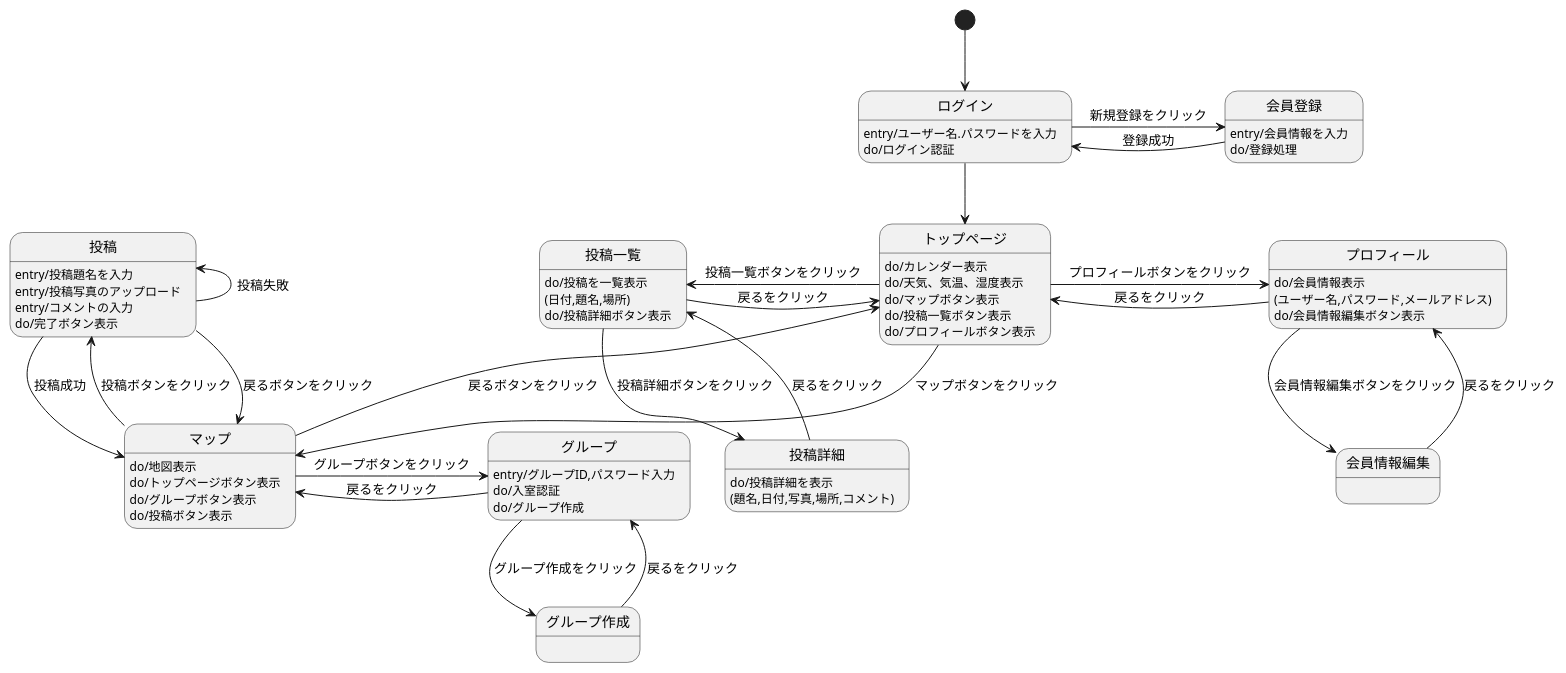
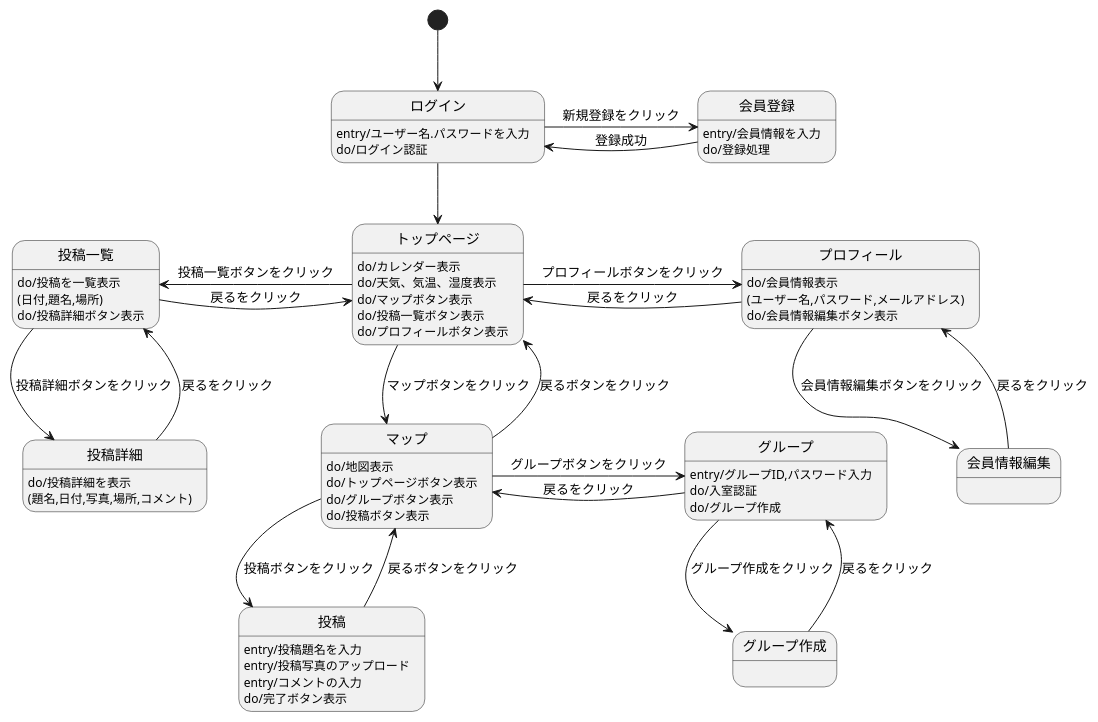
The diagram in 03_画面遷移図/画面遷移図.md (Aso2001031/System4_ver2.0), drawn with PlantUML before and after one commit.

````diff
--- a/03_画面遷移図/画面遷移図.md
+++ b/03_画面遷移図/画面遷移図.md
@@ -1,70 +1,67 @@
 ```uml
 @startuml
 
 [*] -down-> ログイン
 
 ログイン -down-> トップページ
 ログイン : entry/ユーザー名.パスワードを入力 
 ログイン : do/ログイン認証 
 ログイン -> 会員登録 : 新規登録をクリック
 
 会員登録 -> ログイン : 登録成功
 会員登録 : entry/会員情報を入力 
 会員登録 : do/登録処理
 
 トップページ : do/カレンダー表示
 トップページ : do/天気、気温、湿度表示
 トップページ : do/マップボタン表示
 トップページ : do/投稿一覧ボタン表示
 トップページ : do/プロフィールボタン表示
 トップページ -down-> マップ : マップボタンをクリック
 トップページ -left-> 投稿一覧 : 投稿一覧ボタンをクリック
 トップページ -right-> プロフィール :プロフィールボタンをクリック
 
 マップ -up-> トップページ : 戻るボタンをクリック
 マップ : do/地図表示
 マップ : do/トップページボタン表示
 マップ : do/グループボタン表示
 マップ : do/投稿ボタン表示
 マップ -down-> 投稿 : 投稿ボタンをクリック
 マップ -right-> グループ : グループボタンをクリック
 
 投稿一覧 -right-> トップページ : 戻るをクリック
 投稿一覧 : do/投稿を一覧表示
 投稿一覧 : (日付,題名,場所)
 投稿一覧 : do/投稿詳細ボタン表示
 投稿一覧 -down-> 投稿詳細 : 投稿詳細ボタンをクリック
 
 プロフィール -left-> トップページ : 戻るをクリック
 プロフィール : do/会員情報表示
 プロフィール : (ユーザー名,パスワード,メールアドレス)
 プロフィール : do/会員情報編集ボタン表示
 プロフィール -down-> 会員情報編集 : 会員情報編集ボタンをクリック
 
 投稿 -up-> マップ : 戻るボタンをクリック
 投稿 : entry/投稿題名を入力
 投稿 : entry/投稿写真のアップロード
 投稿 : entry/コメントの入力
 投稿 : do/完了ボタン表示
-投稿 --> マップ : 投稿成功
-投稿 -left-> 投稿 : 投稿失敗
-
 
 グループ -left-> マップ : 戻るをクリック 
 グループ : entry/グループID,パスワード入力
 グループ : do/入室認証
 グループ : do/グループ作成
 グループ --> グループ作成 : グループ作成をクリック
 
 投稿詳細 -up-> 投稿一覧 : 戻るをクリック
 投稿詳細 : do/投稿詳細を表示
 投稿詳細 : (題名,日付,写真,場所,コメント)
 
 会員情報編集 -up-> プロフィール : 戻るをクリック
 会員情報編集 : 
 
 グループ作成 --> グループ : 戻るをクリック
 グループ作成 : 
 
 @enduml
 ```
````
